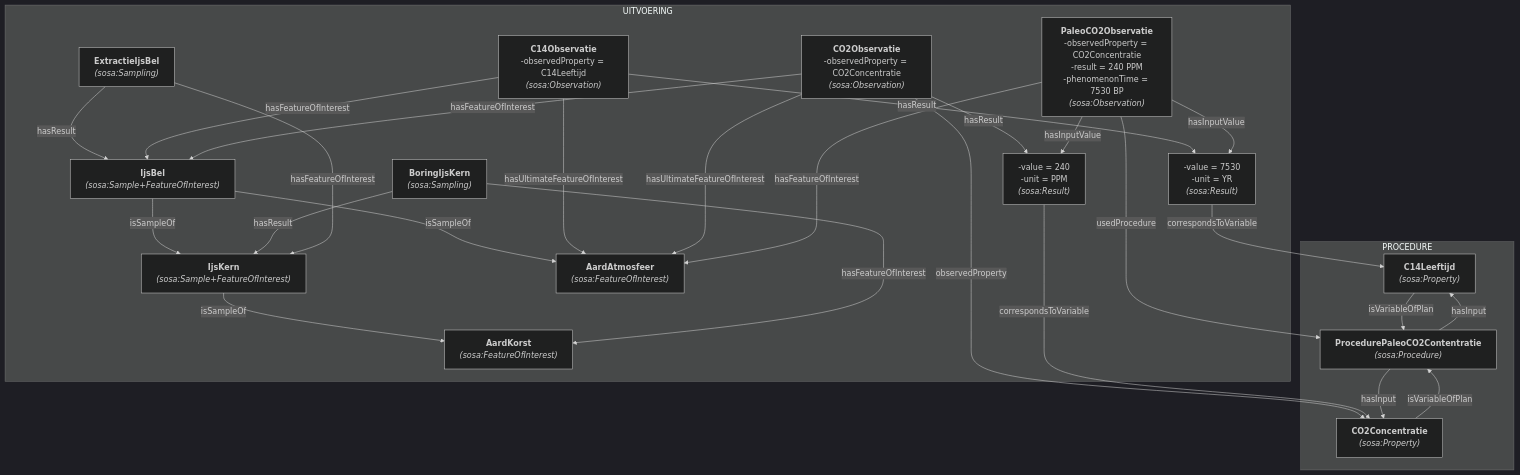
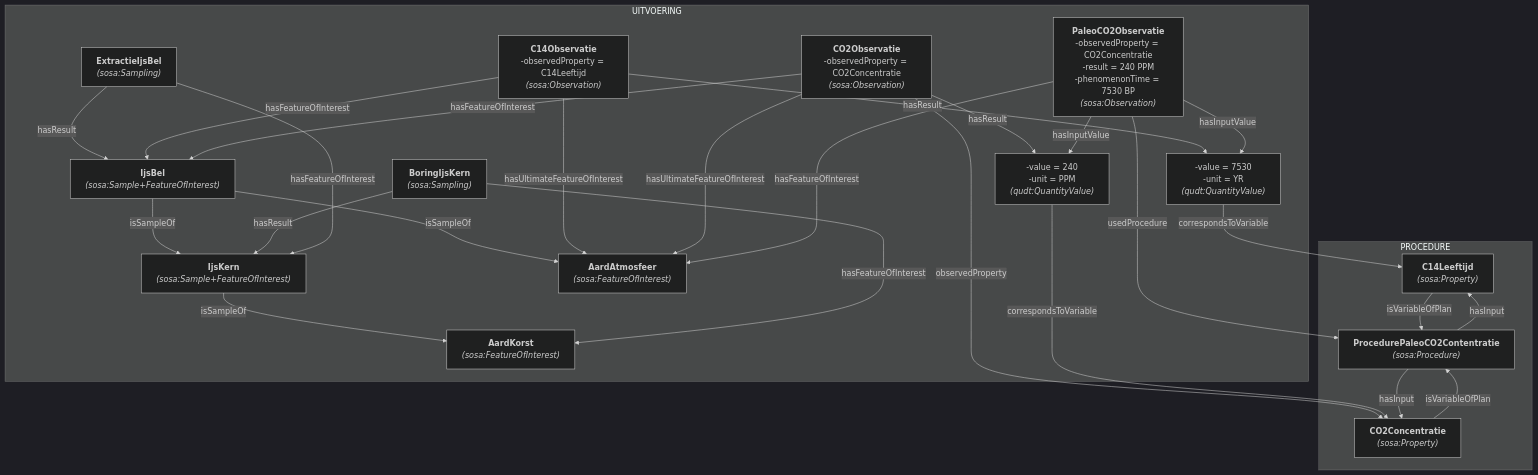
One commit to Informatievlaanderen/OSLOthema-SSNSOSA-VL changed the second of 2 diagrams in src/main/input/paleo/README.md. Above: the diagram before and after it, drawn with Mermaid (dark theme). The commit also changed other lines of this file and 66 other files, not shown here.

First line of the commit message:
Results as qudt:QuantityValue; CSOR units as qudt:Unit; VHA literals; ld-mcp 0.4

```diff
--- a/src/main/input/paleo/README.md
+++ b/src/main/input/paleo/README.md
@@ -130,13 +130,13 @@
 *(sosa:Observation)*`"]
 R1["`-value = 7530
 -unit = YR
-*(sosa:Result)*`"]
+*(qudt:QuantityValue)*`"]
 O2["`**CO2Observatie**
 -observedProperty = CO2Concentratie
 *(sosa:Observation)*`"]
 R2["`-value = 240
 -unit = PPM
-*(sosa:Result)*`"]
+*(qudt:QuantityValue)*`"]
 
 %% Derived Paleo Observation
 P["`**PaleoCO2Observatie**
```
